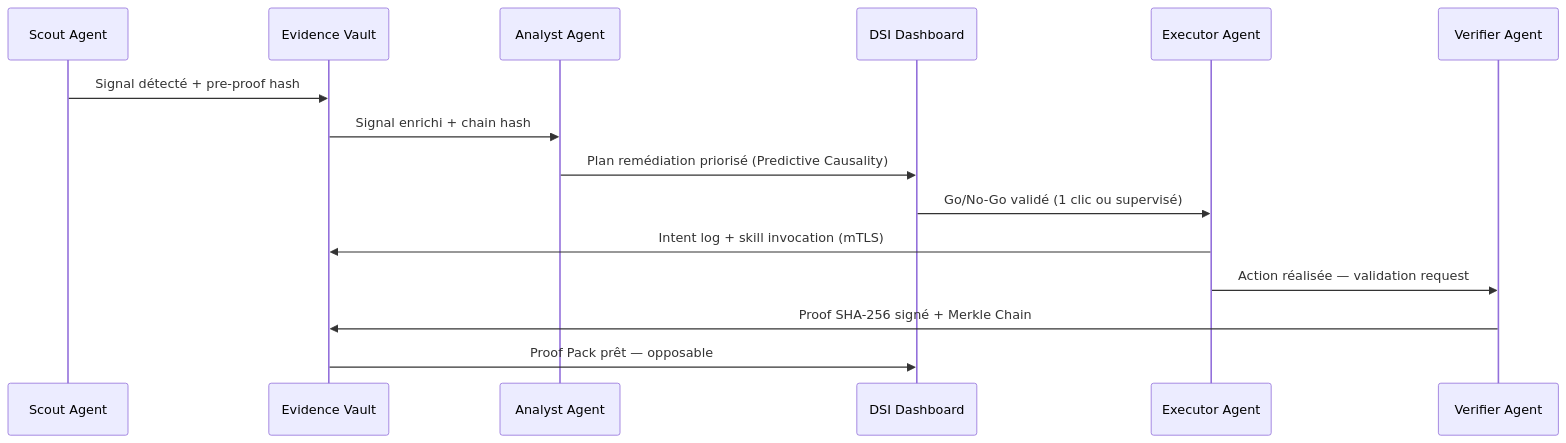
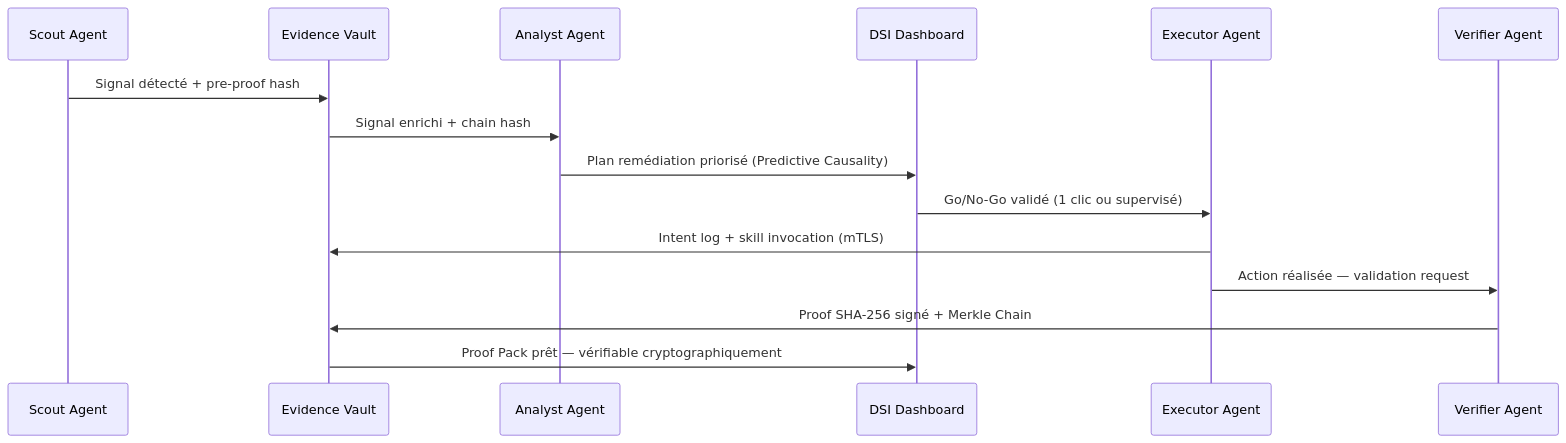
Before and after one commit to lemoalvivien-cmyk/edge-proof-keeper: the second of 2 diagrams in docs/ARCHITECTURE.md, drawn with Mermaid. The commit also changed 2 other files, not shown here.

Commit message:
Refined pricing & wording

````diff
--- a/docs/ARCHITECTURE.md
+++ b/docs/ARCHITECTURE.md
@@ -30,18 +30,18 @@
 ```mermaid
 sequenceDiagram
     participant S as Scout Agent
     participant V as Evidence Vault
     participant A as Analyst Agent
     participant D as DSI Dashboard
     participant E as Executor Agent
     participant VR as Verifier Agent
 
     S->>V: Signal détecté + pre-proof hash
     V->>A: Signal enrichi + chain hash
     A->>D: Plan remédiation priorisé (Predictive Causality)
     D->>E: Go/No-Go validé (1 clic ou supervisé)
     E->>V: Intent log + skill invocation (mTLS)
     E->>VR: Action réalisée — validation request
     VR->>V: Proof SHA-256 signé + Merkle Chain
-    V->>D: Proof Pack prêt — opposable
+    V->>D: Proof Pack prêt — vérifiable cryptographiquement
 ```
````
